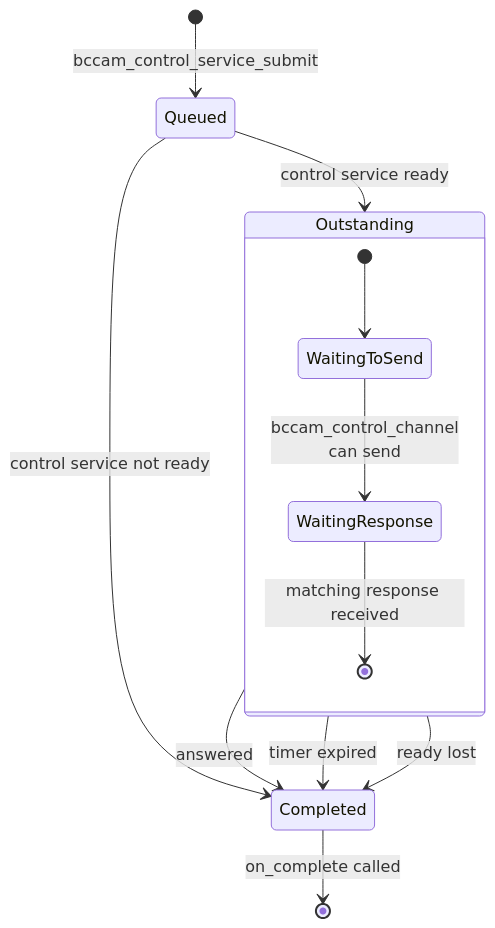
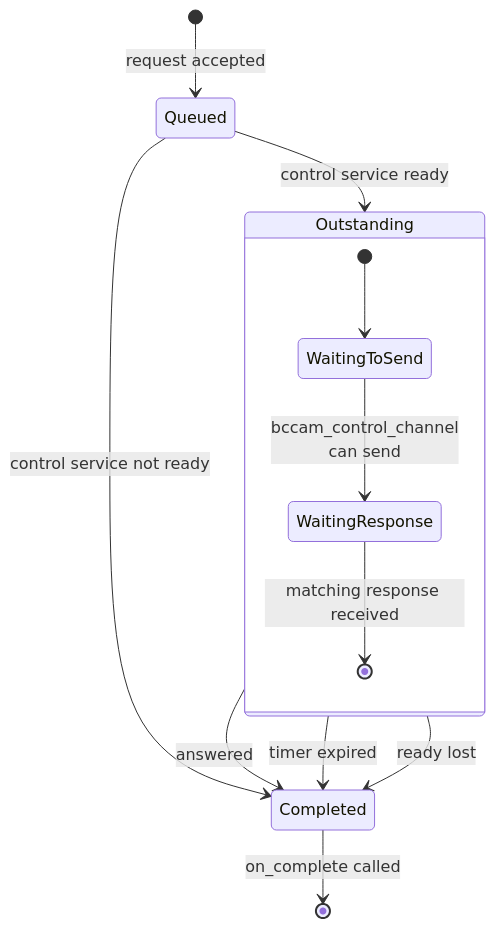
Before and after one commit to bitcraze/crazyflie-firmware: the fourth of 10 diagrams in docs/functional-areas/camera-deck-control.md, drawn with Mermaid. The commit also changed other lines of this file, not shown here.

Commit message:
doc: Check if request is valid

````diff
--- a/docs/functional-areas/camera-deck-control.md
+++ b/docs/functional-areas/camera-deck-control.md
@@ -453,19 +467,19 @@
 ```mermaid
 stateDiagram-v2
-    [*] --> Queued : bccam_control_service_submit
+    [*] --> Queued : request accepted
 
     Queued --> Completed : control service not ready
     Queued --> Outstanding : control service ready
 
     state Outstanding {
         [*] --> WaitingToSend
         WaitingToSend --> WaitingResponse : bccam_control_channel<br/>can send
         WaitingResponse --> [*] : matching response received
     }
 
     Outstanding --> Completed : answered
     Outstanding --> Completed : timer expired
     Outstanding --> Completed : ready lost
 
     Completed --> [*] : on_complete called
 ```
````
